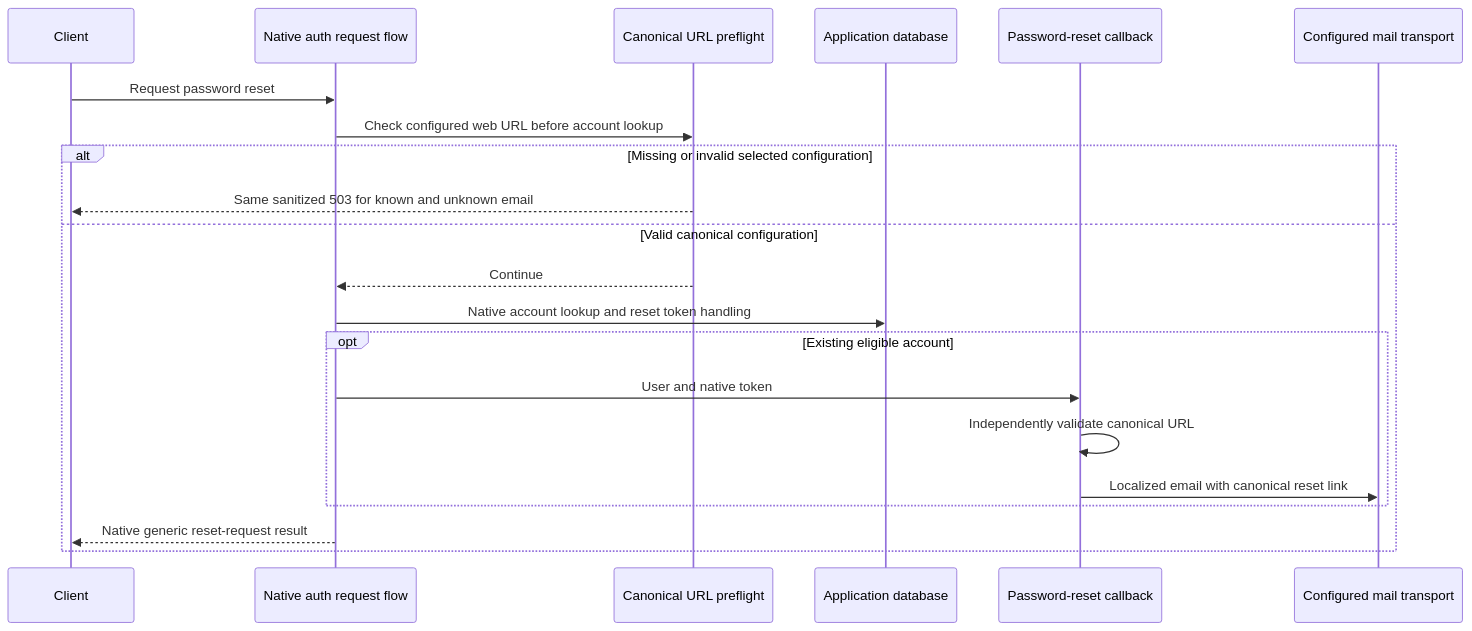
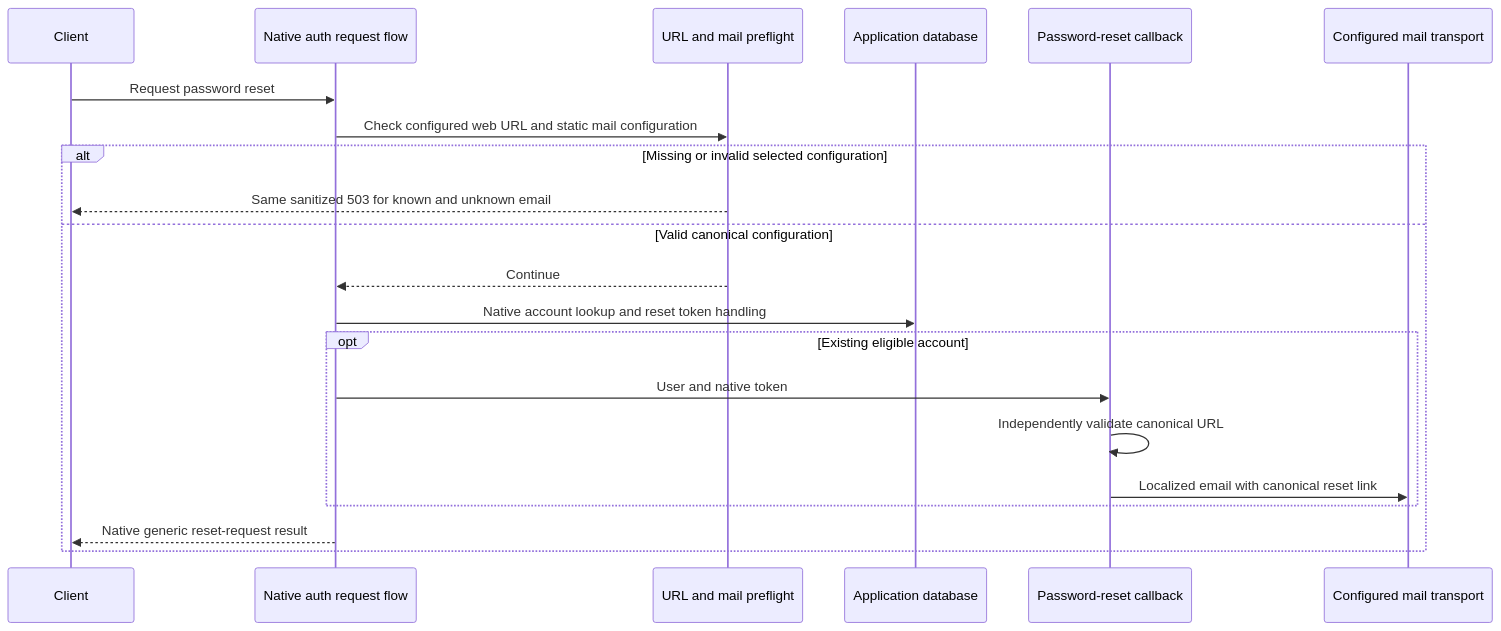
Before and after one commit to SimonLoir/vectorix: the diagram in docs/password-reset-links.md, drawn with Mermaid. The commit also changed other lines of this file and 46 other files, not shown here.

````diff
--- a/docs/password-reset-links.md
+++ b/docs/password-reset-links.md
@@ -19,23 +19,23 @@
 ```mermaid
 sequenceDiagram
     participant Client
     participant Auth as Native auth request flow
-    participant Guard as Canonical URL preflight
+    participant Guard as URL and mail preflight
     participant DB as Application database
     participant Mail as Password-reset callback
     participant Transport as Configured mail transport
     Client->>Auth: Request password reset
-    Auth->>Guard: Check configured web URL before account lookup
+    Auth->>Guard: Check configured web URL and static mail configuration
     alt Missing or invalid selected configuration
         Guard-->>Client: Same sanitized 503 for known and unknown email
     else Valid canonical configuration
         Guard-->>Auth: Continue
         Auth->>DB: Native account lookup and reset token handling
         opt Existing eligible account
             Auth->>Mail: User and native token
             Mail->>Mail: Independently validate canonical URL
             Mail->>Transport: Localized email with canonical reset link
         end
         Auth-->>Client: Native generic reset-request result
     end
 ```
````
